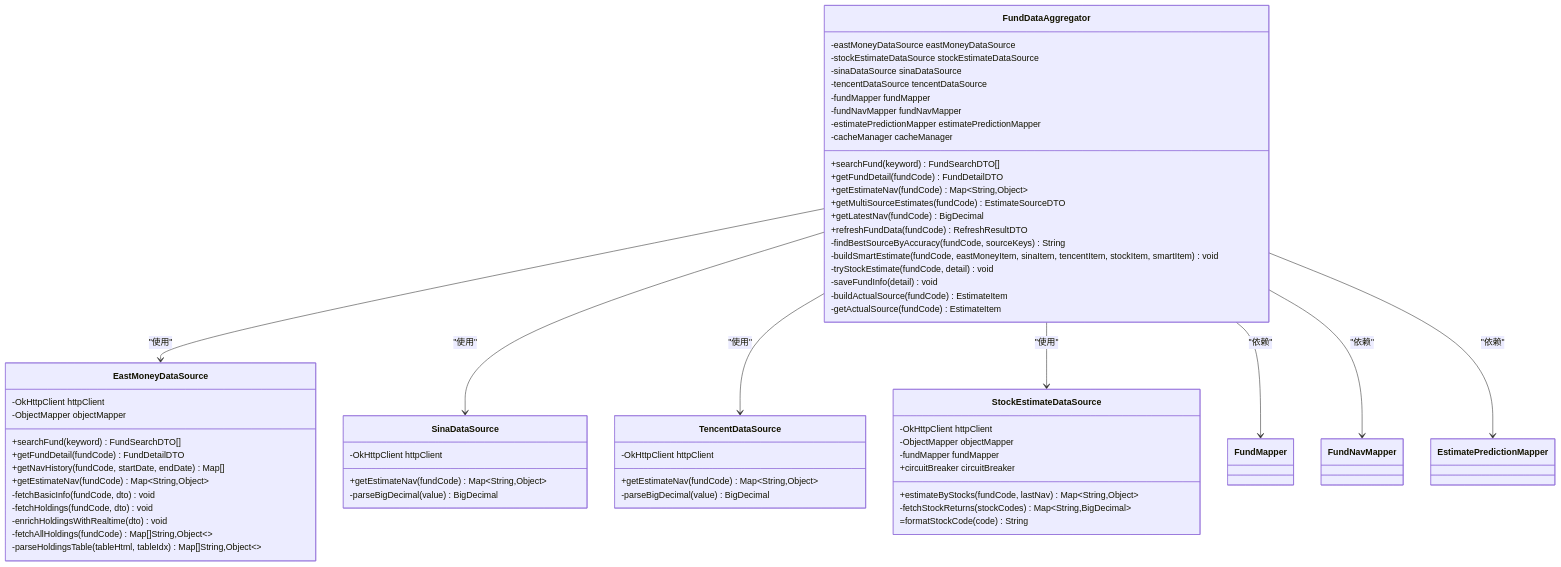
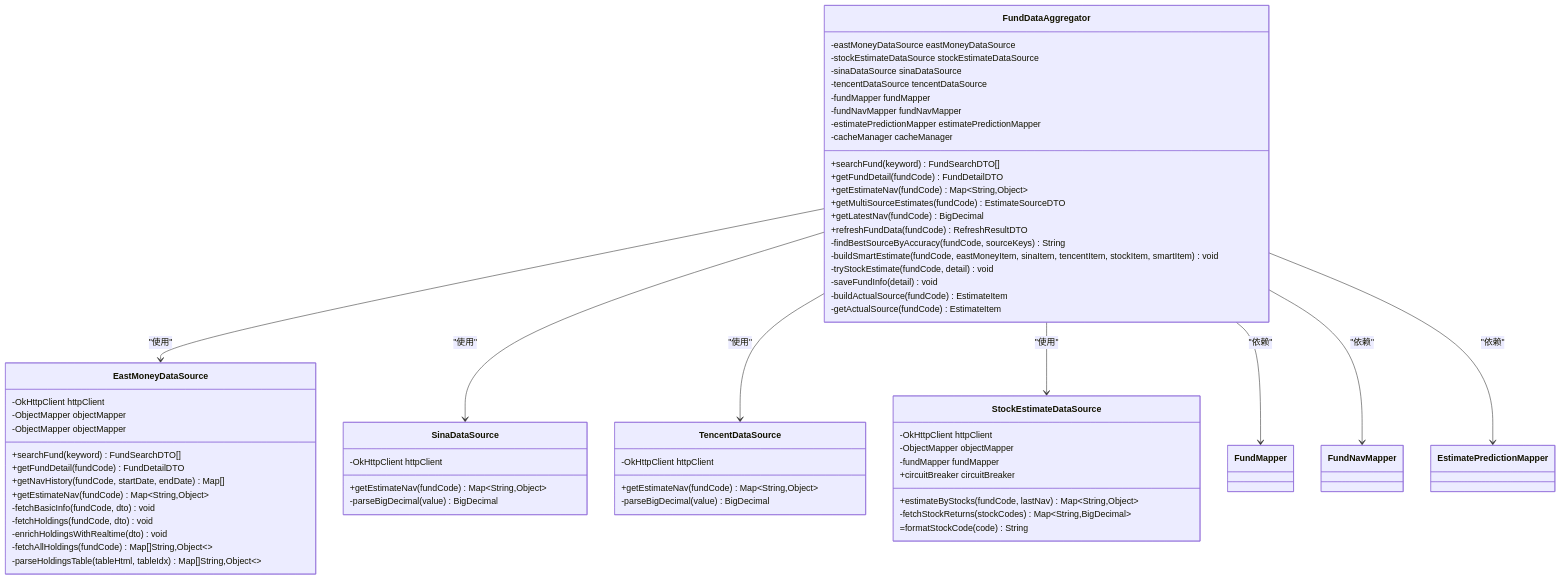
Before and after one commit to gree-coder/fund-butler: the third of 24 diagrams in .qoder/repowiki/zh/content/核心功能开发/多源基金估值系统.md, drawn with Mermaid. The commit also changed other lines of this file and 7 other files, not shown here.

````diff
--- a/.qoder/repowiki/zh/content/核心功能开发/多源基金估值系统.md
+++ b/.qoder/repowiki/zh/content/核心功能开发/多源基金估值系统.md
@@ -229,64 +230,65 @@
 ```mermaid
 classDiagram
 class FundDataAggregator {
 -eastMoneyDataSource eastMoneyDataSource
 -stockEstimateDataSource stockEstimateDataSource
 -sinaDataSource sinaDataSource
 -tencentDataSource tencentDataSource
 -fundMapper fundMapper
 -fundNavMapper fundNavMapper
 -estimatePredictionMapper estimatePredictionMapper
 -cacheManager cacheManager
 +searchFund(keyword) FundSearchDTO[]
 +getFundDetail(fundCode) FundDetailDTO
 +getEstimateNav(fundCode) Map~String,Object~
 +getMultiSourceEstimates(fundCode) EstimateSourceDTO
 +getLatestNav(fundCode) BigDecimal
 +refreshFundData(fundCode) RefreshResultDTO
 -findBestSourceByAccuracy(fundCode, sourceKeys) String
 -buildSmartEstimate(fundCode, eastMoneyItem, sinaItem, tencentItem, stockItem, smartItem) void
 -tryStockEstimate(fundCode, detail) void
 -saveFundInfo(detail) void
 -buildActualSource(fundCode) EstimateItem
 -getActualSource(fundCode) EstimateItem
 }
 class EastMoneyDataSource {
 -OkHttpClient httpClient
+-ObjectMapper objectMapper
 -ObjectMapper objectMapper
 +searchFund(keyword) FundSearchDTO[]
 +getFundDetail(fundCode) FundDetailDTO
 +getNavHistory(fundCode, startDate, endDate) Map[]
 +getEstimateNav(fundCode) Map~String,Object~
 -fetchBasicInfo(fundCode, dto) void
 -fetchHoldings(fundCode, dto) void
 -enrichHoldingsWithRealtime(dto) void
 -fetchAllHoldings(fundCode) Map[]String,Object~~
 -parseHoldingsTable(tableHtml, tableIdx) Map[]String,Object~~
 }
 class SinaDataSource {
 -OkHttpClient httpClient
 +getEstimateNav(fundCode) Map~String,Object~
 -parseBigDecimal(value) BigDecimal
 }
 class TencentDataSource {
 -OkHttpClient httpClient
 +getEstimateNav(fundCode) Map~String,Object~
 -parseBigDecimal(value) BigDecimal
 }
 class StockEstimateDataSource {
 -OkHttpClient httpClient
 -ObjectMapper objectMapper
 -fundMapper fundMapper
 +circuitBreaker circuitBreaker
 +estimateByStocks(fundCode, lastNav) Map~String,Object~
 -fetchStockReturns(stockCodes) Map~String,BigDecimal~
 =formatStockCode(code) String
 }
 FundDataAggregator --> EastMoneyDataSource : "使用"
 FundDataAggregator --> SinaDataSource : "使用"
 FundDataAggregator --> TencentDataSource : "使用"
 FundDataAggregator --> StockEstimateDataSource : "使用"
 FundDataAggregator --> FundMapper : "依赖"
 FundDataAggregator --> FundNavMapper : "依赖"
 FundDataAggregator --> EstimatePredictionMapper : "依赖"
 ```
````
